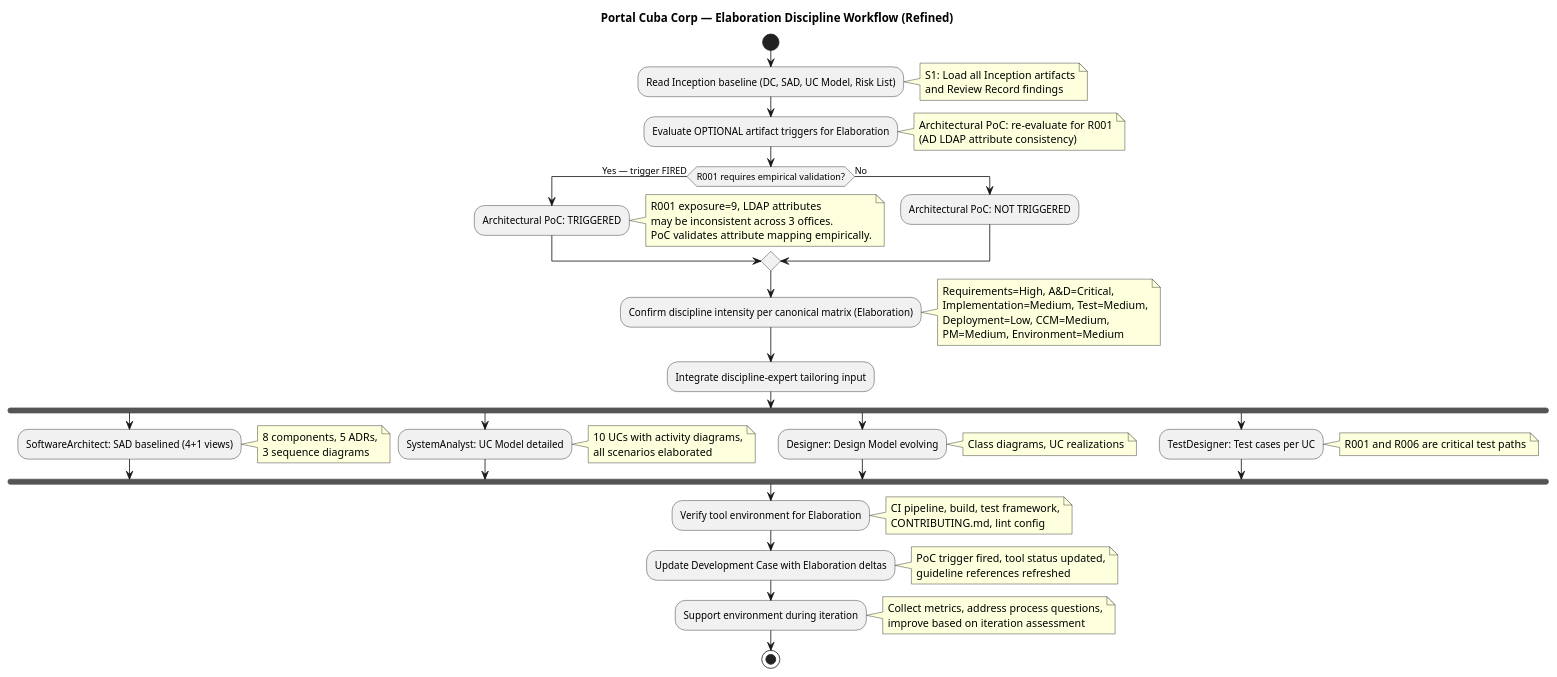
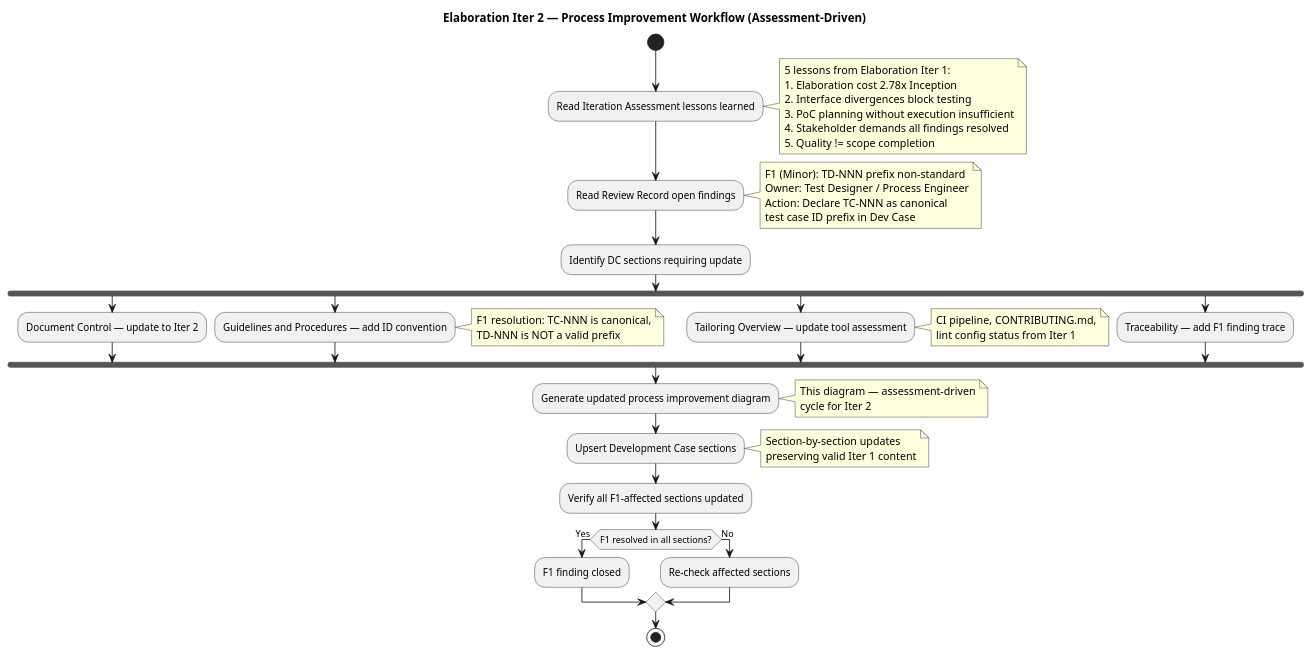
Before and after one commit to banense-test/portal-cuba-corp: the third of 3 diagrams in docs/artifacts/environment/development-case.md, drawn with PlantUML. The commit also changed other lines of this file, not shown here.

Commit message:
Process Engineer [E2]: upsert Development Case
[skip ci]

````diff
--- a/docs/artifacts/environment/development-case.md
+++ b/docs/artifacts/environment/development-case.md
@@ -386,50 +411,54 @@
 ```plantuml
 @startuml
-title Portal Cuba Corp — Elaboration Discipline Workflow (Refined)
+title Elaboration Iter 2 — Process Improvement Workflow (Assessment-Driven)
 
 start
 
-:Read Inception baseline (DC, SAD, UC Model, Risk List);
-note right: S1: Load all Inception artifacts\nand Review Record findings
+:Read Iteration Assessment lessons learned;
+note right
+  5 lessons from Elaboration Iter 1:
+  1. Elaboration cost 2.78x Inception
+  2. Interface divergences block testing
+  3. PoC planning without execution insufficient
+  4. Stakeholder demands all findings resolved
+  5. Quality != scope completion
+end note
 
-:Evaluate OPTIONAL artifact triggers for Elaboration;
-note right: Architectural PoC: re-evaluate for R001\n(AD LDAP attribute consistency)
+:Read Review Record open findings;
+note right
+  F1 (Minor): TD-NNN prefix non-standard
+  Owner: Test Designer / Process Engineer
+  Action: Declare TC-NNN as canonical
+  test case ID prefix in Dev Case
+end note
 
-if (R001 requires empirical validation?) then (Yes — trigger FIRED)
-  :Architectural PoC: TRIGGERED;
-  note right: R001 exposure=9, LDAP attributes\nmay be inconsistent across 3 offices.\nPoC validates attribute mapping empirically.
-else (No)
-  :Architectural PoC: NOT TRIGGERED;
-endif
-
-:Confirm discipline intensity per canonical matrix (Elaboration);
-note right: Requirements=High, A&D=Critical,\nImplementation=Medium, Test=Medium,\nDeployment=Low, CCM=Medium,\nPM=Medium, Environment=Medium
-
-:Integrate discipline-expert tailoring input;
+:Identify DC sections requiring update;
 fork
-  :SoftwareArchitect: SAD baselined (4+1 views);
-  note right: 8 components, 5 ADRs,\n3 sequence diagrams
+  :Document Control — update to Iter 2;
 fork again
-  :SystemAnalyst: UC Model detailed;
-  note right: 10 UCs with activity diagrams,\nall scenarios elaborated
+  :Guidelines and Procedures — add ID convention;
+  note right: F1 resolution: TC-NNN is canonical,\nTD-NNN is NOT a valid prefix
 fork again
-  :Designer: Design Model evolving;
-  note right: Class diagrams, UC realizations
+  :Tailoring Overview — update tool assessment;
+  note right: CI pipeline, CONTRIBUTING.md,\nlint config status from Iter 1
 fork again
-  :TestDesigner: Test cases per UC;
-  note right: R001 and R006 are critical test paths
+  :Traceability — add F1 finding trace;
 end fork
 
-:Verify tool environment for Elaboration;
-note right: CI pipeline, build, test framework,\nCONTRIBUTING.md, lint config
+:Generate updated process improvement diagram;
+note right: This diagram — assessment-driven\ncycle for Iter 2
 
-:Update Development Case with Elaboration deltas;
-note right: PoC trigger fired, tool status updated,\nguideline references refreshed
+:Upsert Development Case sections;
+note right: Section-by-section updates\npreserving valid Iter 1 content
 
-:Support environment during iteration;
-note right: Collect metrics, address process questions,\nimprove based on iteration assessment
+:Verify all F1-affected sections updated;
+if (F1 resolved in all sections?) then (Yes)
+  :F1 finding closed;
+else (No)
+  :Re-check affected sections;
+endif
 
 stop
 
 @enduml
 ```
````
